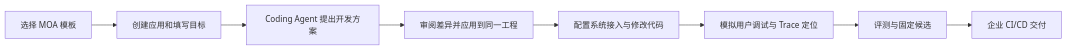
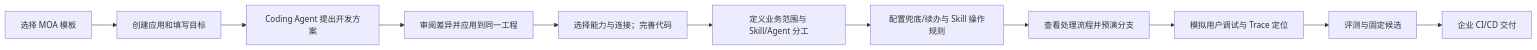
One commit to Vincenttao/agent-builder-java changed the diagram in docs/Agent开发工作台_交互设计_v2.0.md. Above: the diagram before and after it, drawn with Mermaid. The commit also changed other lines of this file and 3 other files, not shown here.

````diff
--- a/docs/Agent开发工作台_交互设计_v2.0.md
+++ b/docs/Agent开发工作台_交互设计_v2.0.md
@@ -22,10 +24,13 @@
 ```mermaid
 flowchart LR
   A[选择 MOA 模板] --> B[创建应用和填写目标]
   B --> C[Coding Agent 提出开发方案]
   C --> D[审阅差异并应用到同一工程]
-  D --> E[配置系统接入与修改代码]
-  E --> F[模拟用户调试与 Trace 定位]
+  D --> E[选择能力与连接；完善代码]
+  E --> O[定义业务范围与 Skill/Agent 分工]
+  O --> P[配置兜底/续办与 Skill 操作规则]
+  P --> V[查看处理流程并预演分支]
+  V --> F[模拟用户调试与 Trace 定位]
   F --> G[评测与固定候选]
   G --> H[企业 CI/CD 交付]
 ```
````
